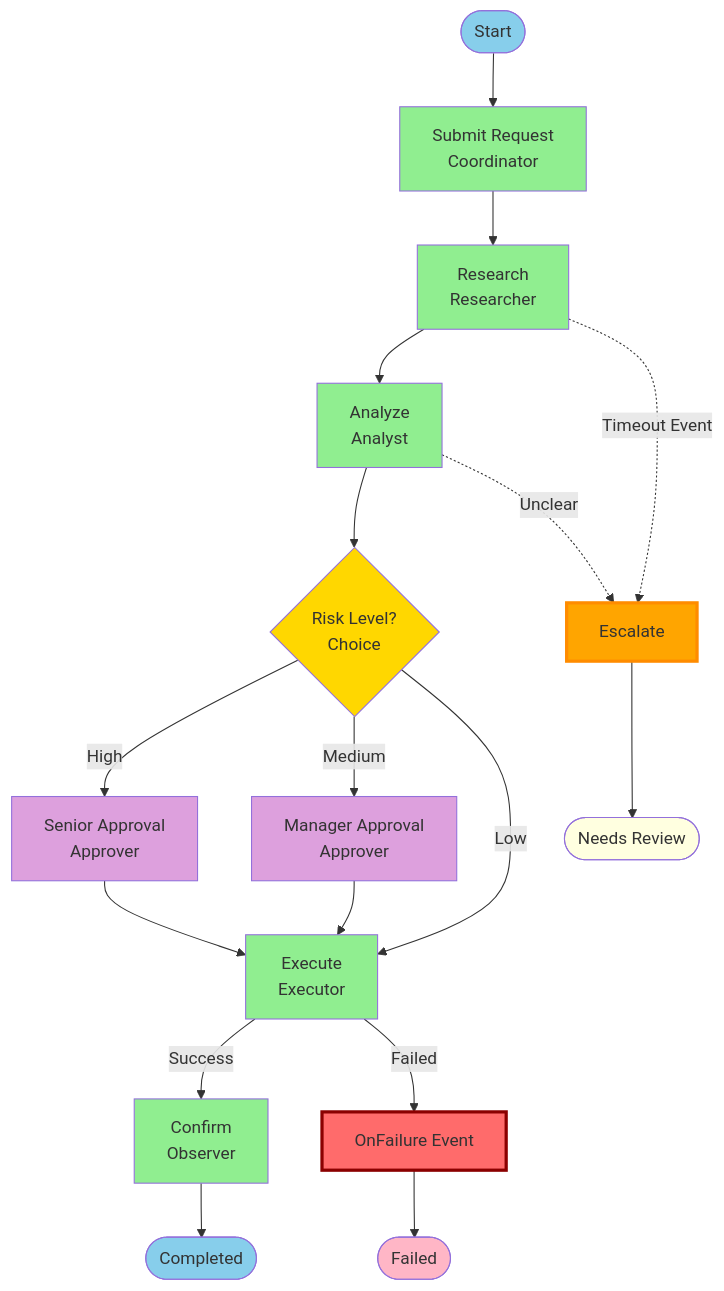
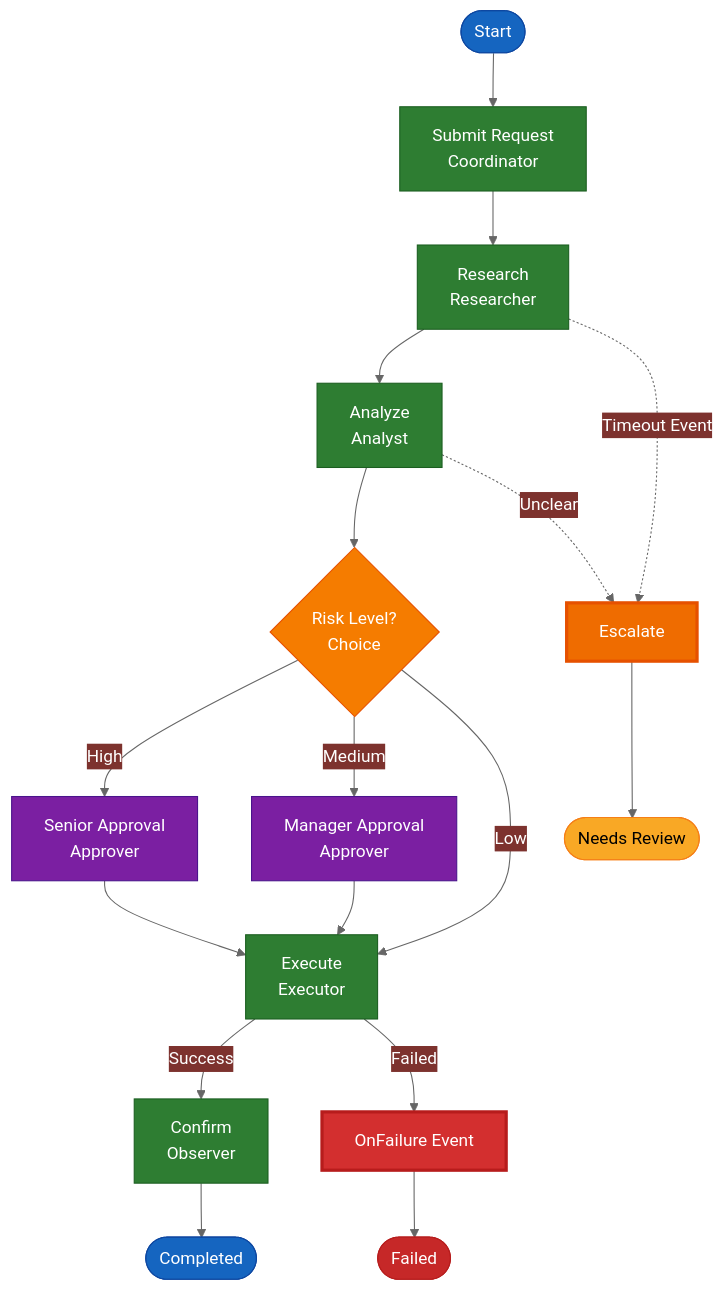
One commit to gcowin/approachable-workflows changed the tenth of 11 diagrams in docs/reference/visual-patterns.md. Above: the diagram before and after it, drawn with Mermaid. The commit also changed other lines of this file and 1 other file, not shown here.

````diff
--- a/docs/reference/visual-patterns.md
+++ b/docs/reference/visual-patterns.md
@@ -400,35 +409,36 @@
 ```mermaid
+%%{init: {'theme':'base', 'themeVariables': {'primaryColor':'#2E7D32','primaryTextColor':'#fff','lineColor':'#666'}}}%%
 graph TD
     Start([Start]) --> A[Submit Request<br/>Coordinator]
     A --> B[Research<br/>Researcher]
     B --> C[Analyze<br/>Analyst]
     C --> D{Risk Level?<br/>Choice}
     D -->|High| E[Senior Approval<br/>Approver]
     D -->|Medium| F[Manager Approval<br/>Approver]
     D -->|Low| G[Execute<br/>Executor]
     E --> G
     F --> G
     G -->|Success| H[Confirm<br/>Observer]
     G -->|Failed| I[OnFailure Event]
     H --> End1([Completed])
     I --> End2([Failed])
     
     B -.->|Timeout Event| J[Escalate]
     C -.->|Unclear| J
     J --> End3([Needs Review])
     
-    style Start fill:#87CEEB
-    style A fill:#90EE90
-    style B fill:#90EE90
-    style C fill:#90EE90
-    style D fill:#FFD700
-    style E fill:#DDA0DD
-    style F fill:#DDA0DD
-    style G fill:#90EE90
-    style H fill:#90EE90
-    style I fill:#FF6B6B,stroke:#8B0000,stroke-width:3px
-    style J fill:#FFA500,stroke:#FF8C00,stroke-width:3px
-    style End1 fill:#87CEEB
-    style End2 fill:#FFB6C6
-    style End3 fill:#FFFFE0
+    style Start fill:#1565C0,stroke:#0D47A1,color:#fff
+    style A fill:#2E7D32,stroke:#1B5E20,color:#fff
+    style B fill:#2E7D32,stroke:#1B5E20,color:#fff
+    style C fill:#2E7D32,stroke:#1B5E20,color:#fff
+    style D fill:#F57C00,stroke:#E65100,color:#fff
+    style E fill:#7B1FA2,stroke:#4A148C,color:#fff
+    style F fill:#7B1FA2,stroke:#4A148C,color:#fff
+    style G fill:#2E7D32,stroke:#1B5E20,color:#fff
+    style H fill:#2E7D32,stroke:#1B5E20,color:#fff
+    style I fill:#D32F2F,stroke:#B71C1C,stroke-width:3px,color:#fff
+    style J fill:#EF6C00,stroke:#E65100,stroke-width:3px,color:#fff
+    style End1 fill:#1565C0,stroke:#0D47A1,color:#fff
+    style End2 fill:#C62828,stroke:#B71C1C,color:#fff
+    style End3 fill:#F9A825,stroke:#F57F17,color:#000
 ```
````
